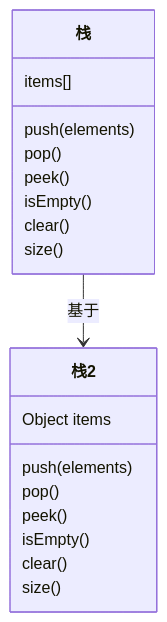
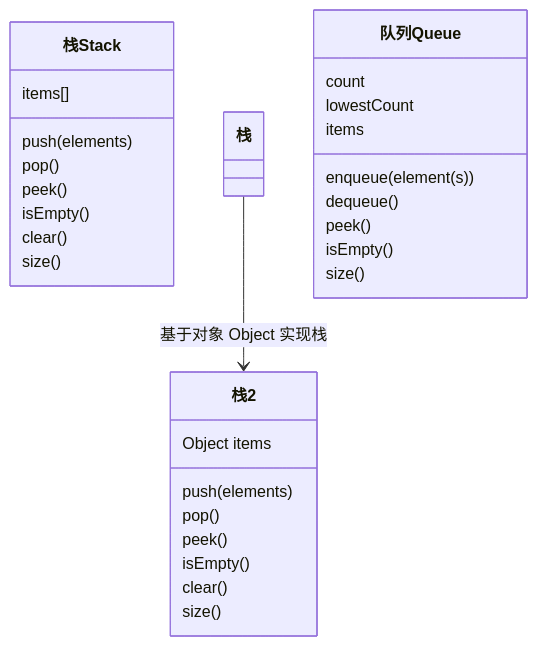
One commit to mofenusers/mention changed the diagram in 前端知识/语言知识/数据结构与算法/数据结构.md. Above: the diagram before and after it, drawn with Mermaid.

Commit message:
auto sync by git

````diff
--- a/前端知识/语言知识/数据结构与算法/数据结构.md
+++ b/前端知识/语言知识/数据结构与算法/数据结构.md
@@ -6,23 +6,34 @@
 ```mermaid
 classDiagram
-class 栈 {
+class 栈 Stack {
 items[]
 push(elements)
 pop()
 peek()
 isEmpty()
 clear()
 size()
 }
 
 class 栈 2 {
 Object items
 push(elements)
 pop()
 peek()
 isEmpty()
 clear()
 size()
 }
-栈 --> 栈 2 : 基于
+栈 --> 栈 2 : 基于对象 Object 实现栈
+
+class 队列 Queue {
+count
+lowestCount
+items
+enqueue(element(s))
+dequeue()
+peek()
+ isEmpty()
+ size()
+}
 ```
````
